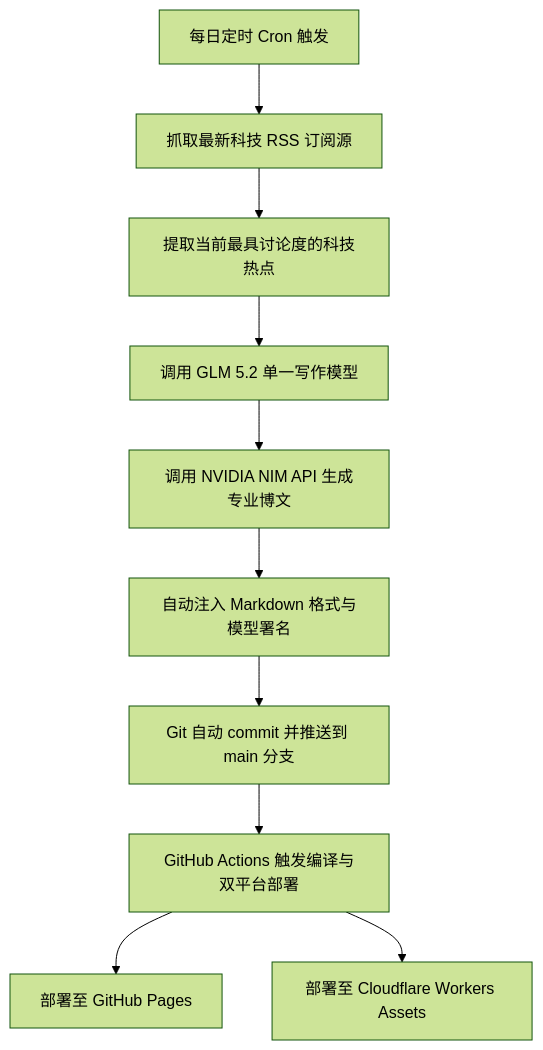
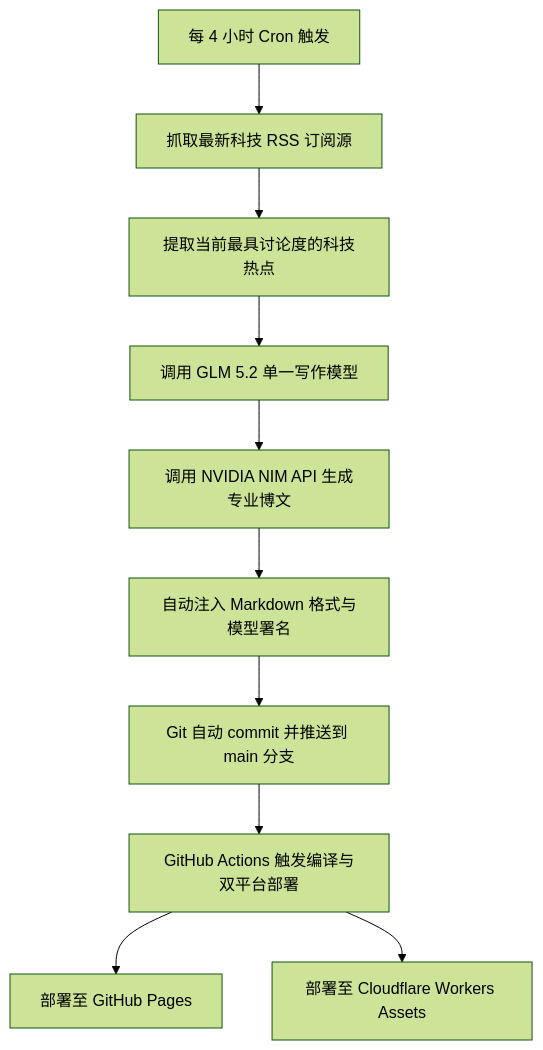
The diagram in content/about/index.md (3y3y3y-huaiji/hugo-blog-loveit-theme), drawn with Mermaid (forest theme) before and after one commit. The commit also changed other lines of this file and 14 other files, not shown here.

````diff
--- a/content/about/index.md
+++ b/content/about/index.md
@@ -24,12 +24,12 @@
 ```mermaid
 graph TD
-    A[每日定时 Cron 触发] --> B[抓取最新科技 RSS 订阅源]
+    A[每 4 小时 Cron 触发] --> B[抓取最新科技 RSS 订阅源]
     B --> C[提取当前最具讨论度的科技热点]
     C --> D[调用 GLM 5.2 单一写作模型]
     D --> E[调用 NVIDIA NIM API 生成专业博文]
     E --> F[自动注入 Markdown 格式与模型署名]
     F --> G[Git 自动 commit 并推送到 main 分支]
     G --> H[GitHub Actions 触发编译与双平台部署]
     H --> I1[部署至 GitHub Pages]
     H --> I2[部署至 Cloudflare Workers Assets]
 ```
````
